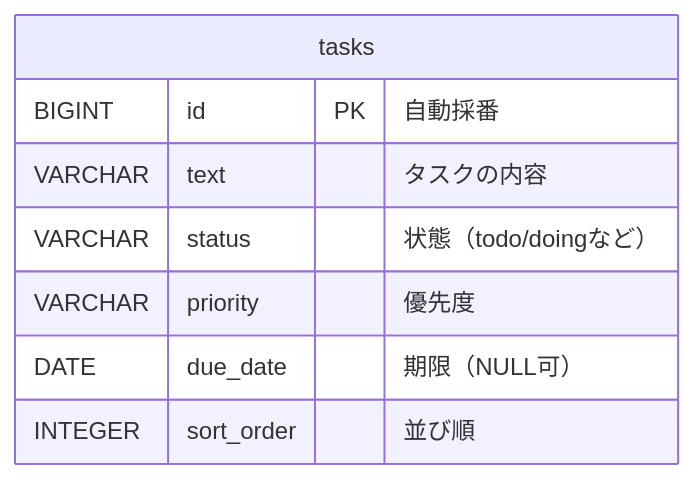
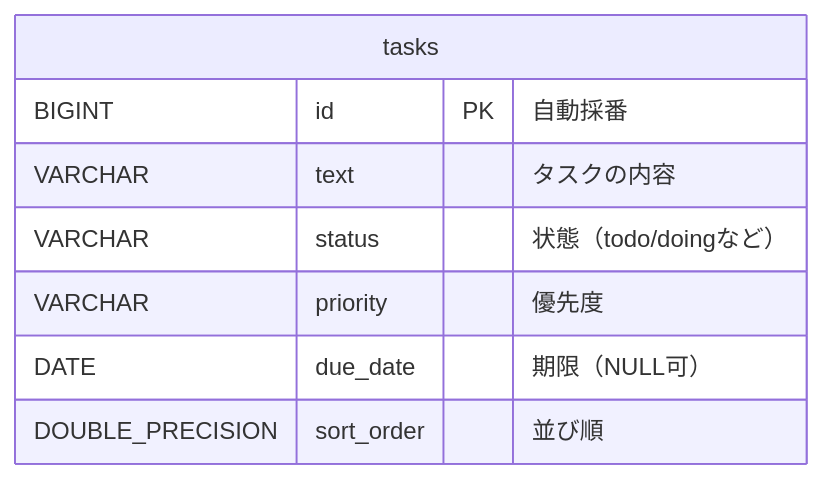
One commit to pirishiki/taskmanagement changed the diagram in backend/DB設計書.md. Above: the diagram before and after it, drawn with Mermaid. The commit also changed other lines of this file and 4 other files, not shown here.

````diff
--- a/backend/DB設計書.md
+++ b/backend/DB設計書.md
@@ -9,11 +9,11 @@
 ```mermaid
 erDiagram
     tasks {
         BIGINT id PK "自動採番"
         VARCHAR text "タスクの内容"
         VARCHAR status "状態（todo/doingなど）"
         VARCHAR priority "優先度"
         DATE due_date "期限（NULL可）"
-        INTEGER sort_order "並び順"
+        DOUBLE_PRECISION sort_order "並び順"
     }
 ```
````
